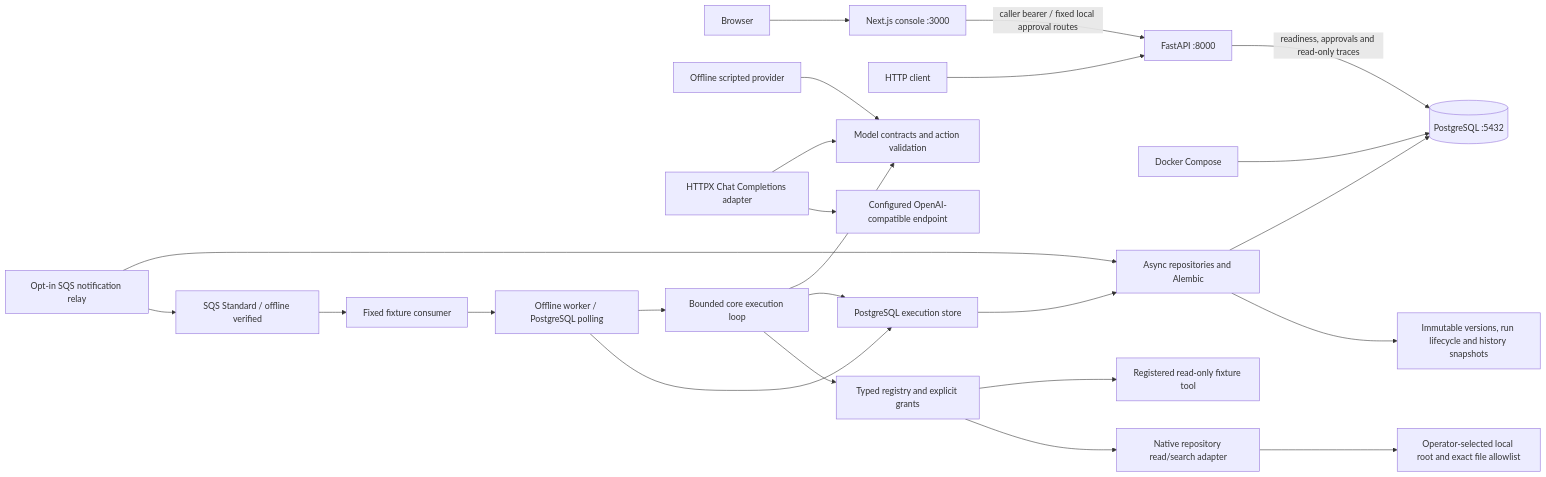
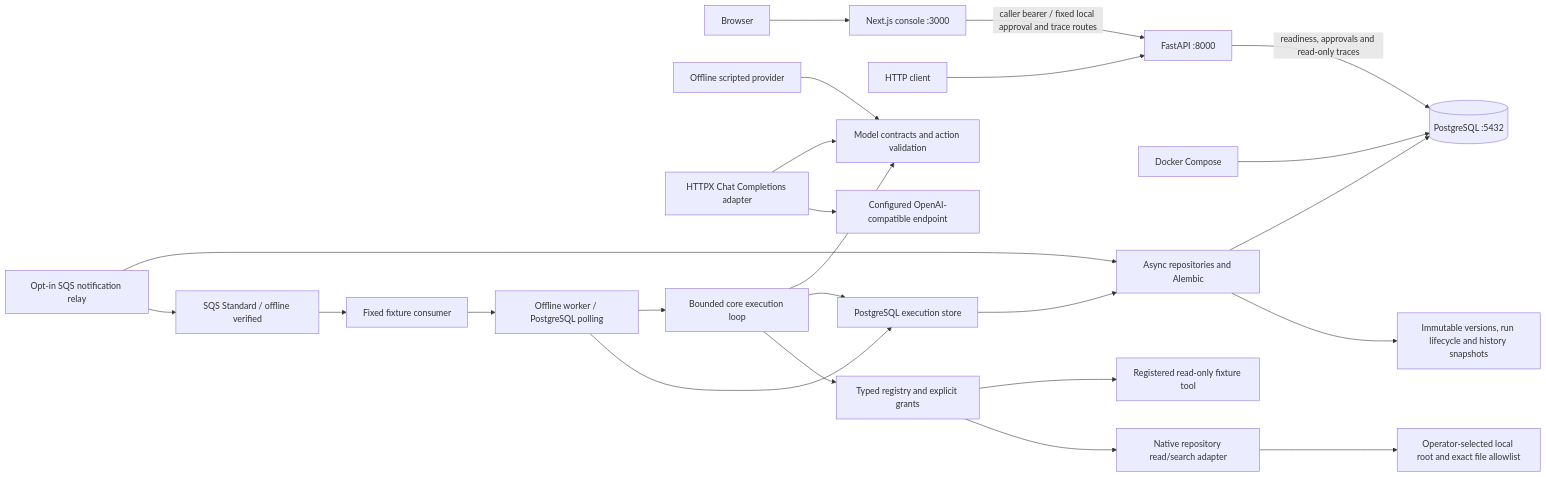
One commit to TaoM29/runveil changed the first of 2 diagrams in ARCHITECTURE.md. Above: the diagram before and after it, drawn with Mermaid. The commit also changed other lines of this file and 2 other files, not shown here.

Commit message:
docs: update Runveil architecture and roadmap

````diff
--- a/ARCHITECTURE.md
+++ b/ARCHITECTURE.md
@@ -5,26 +5,26 @@
 ```mermaid
 flowchart LR
     Browser --> Web[Next.js console :3000]
-    Web -->|caller bearer / fixed local approval routes| API
+    Web -->|caller bearer / fixed local approval and trace routes| API
     Client[HTTP client] --> API[FastAPI :8000]
     Compose[Docker Compose] --> PG[(PostgreSQL :5432)]
     API -->|readiness, approvals and read-only traces| PG
     Persistence[Async repositories and Alembic] --> PG
     Persistence --> Domain[Immutable versions, run lifecycle and history snapshots]
     Scripted[Offline scripted provider] --> Contracts[Model contracts and action validation]
     Hosted[HTTPX Chat Completions adapter] --> Contracts
     Hosted --> Endpoint[Configured OpenAI-compatible endpoint]
     Worker[Offline worker / PostgreSQL polling] --> Runtime
     Worker --> Store
     Relay[Opt-in SQS notification relay] --> Persistence
     Relay --> SQS[SQS Standard / offline verified]
     SQS --> Consumer[Fixed fixture consumer]
     Consumer --> Worker
     Runtime[Bounded core execution loop] --> Contracts
     Runtime --> Store[PostgreSQL execution store]
     Store --> Persistence
     Runtime --> Tools[Typed registry and explicit grants]
     Tools --> Fixture[Registered read-only fixture tool]
     Tools --> Repository[Native repository read/search adapter]
     Repository --> Checkout[Operator-selected local root and exact file allowlist]
 ```
````
